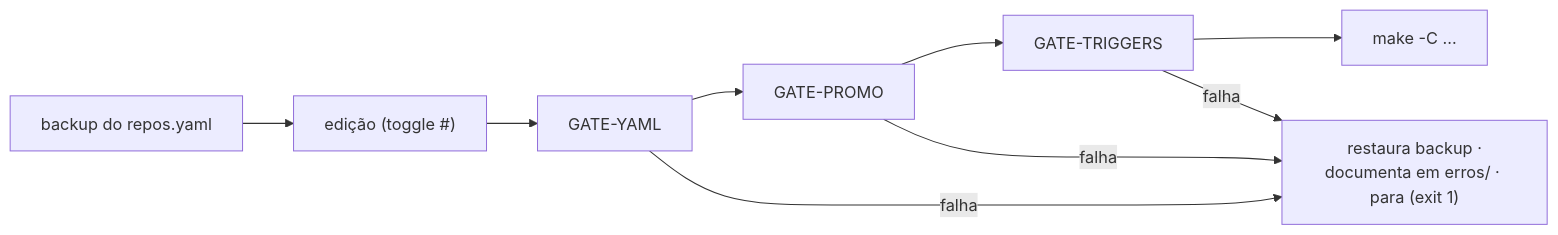
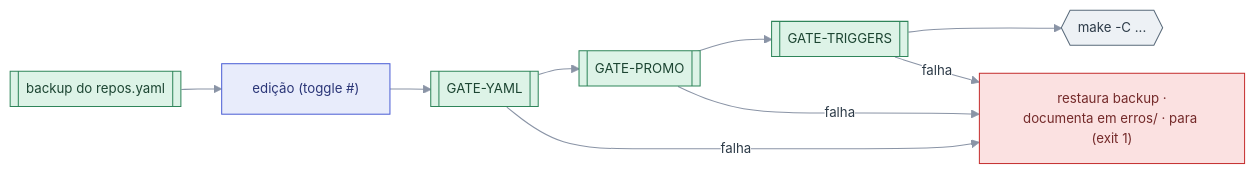
One commit to BertoRcsb/workflow-automation-management changed the fourth of 4 diagrams in docs/ARQUITETURA.md. Above: the diagram before and after it, drawn with Mermaid. The commit also changed other lines of this file and 57 other files, not shown here.

First line of the commit message:
docs: replace approver name with 'usuário' and restyle all diagrams

````diff
--- a/docs/ARQUITETURA.md
+++ b/docs/ARQUITETURA.md
@@ -114,6 +128,11 @@
 ```mermaid
+%%{init: {"theme":"base","themeVariables":{"fontSize":"13px","lineColor":"#8A94A6","primaryColor":"#EDF1F5","primaryBorderColor":"#5A6B7B","primaryTextColor":"#2D3B48","edgeLabelBackground":"#FFFFFF"},"flowchart":{"curve":"basis","nodeSpacing":26,"rankSpacing":40}}}%%
 flowchart LR
-    A["backup do repos.yaml"] --> B["edição (toggle #)"]
-    B --> G1["GATE-YAML"] --> G2["GATE-PROMO"] --> G3["GATE-TRIGGERS"] --> MK["make -C ..."]
-    G1 & G2 & G3 -- "falha" --> ERR["restaura backup ·<br>documenta em erros/ · para (exit 1)"]
+    A[["backup do repos.yaml"]]:::det --> B["edição (toggle #)"]:::llm
+    B --> G1[["GATE-YAML"]]:::det --> G2[["GATE-PROMO"]]:::det --> G3[["GATE-TRIGGERS"]]:::det --> MK{{"make -C ..."}}:::io
+    G1 & G2 & G3 -- "falha" --> ERR["restaura backup ·<br>documenta em erros/ · para (exit 1)"]:::alerta
+    classDef llm fill:#E8ECFB,stroke:#4C5FD5,color:#2A3577
+    classDef det fill:#DDF3E7,stroke:#2F855A,color:#1C4532
+    classDef io fill:#EDF1F5,stroke:#5A6B7B,color:#2D3B48
+    classDef alerta fill:#FBE1E1,stroke:#C53030,color:#742A2A
 ```
````
